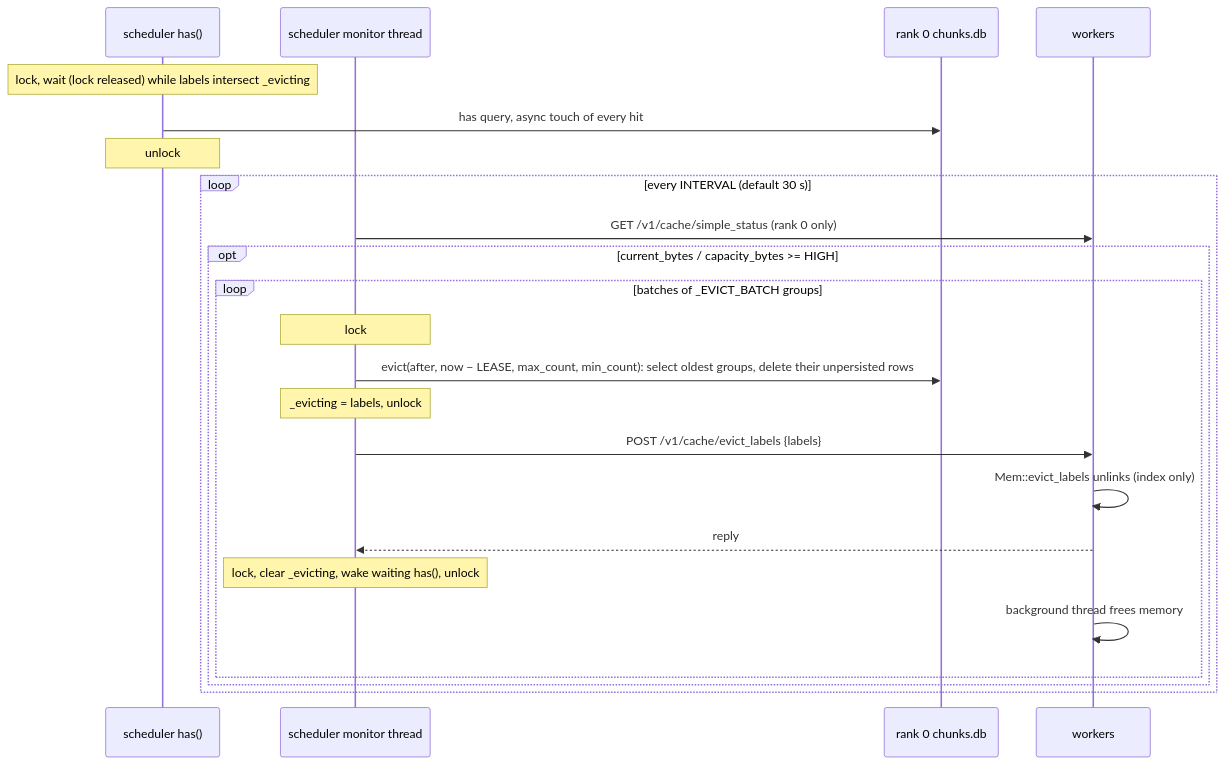
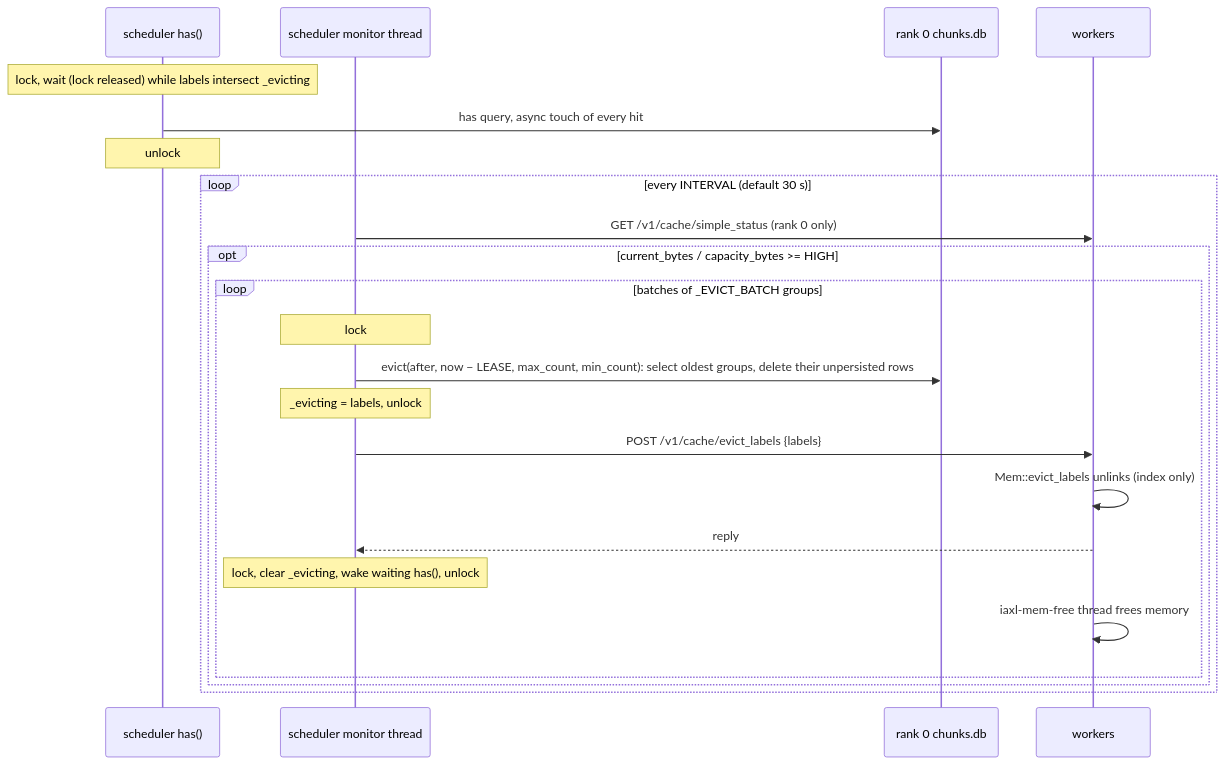
One commit to byang-intel/intel-accel-for-llm changed the diagram in doc/design/eviction.md. Above: the diagram before and after it, drawn with Mermaid. The commit also changed other lines of this file and 2 other files, not shown here.

First line of the commit message:
mem: free evicted groups on one TaskQueue thread; raise _EVICT_BATCH to 16k

````diff
--- a/doc/design/eviction.md
+++ b/doc/design/eviction.md
@@ -87,26 +87,26 @@
 ```mermaid
 sequenceDiagram
     participant S as scheduler has()
     participant T as scheduler monitor thread
     participant DB as rank 0 chunks.db
     participant W as workers
 
     Note over S: lock, wait (lock released) while labels intersect _evicting
     S->>DB: has query, async touch of every hit
     Note over S: unlock
     loop every INTERVAL (default 30 s)
         T->>W: GET /v1/cache/simple_status (rank 0 only)
         opt current_bytes / capacity_bytes >= HIGH
             loop batches of _EVICT_BATCH groups
                 Note over T: lock
                 T->>DB: evict(after, now − LEASE, max_count, min_count): select oldest groups, delete their unpersisted rows
                 Note over T: _evicting = labels, unlock
                 T->>W: POST /v1/cache/evict_labels {labels}
                 W->>W: Mem::evict_labels unlinks (index only)
                 W-->>T: reply
                 Note over T: lock, clear _evicting, wake waiting has(), unlock
-                W->>W: background thread frees memory
+                W->>W: iaxl-mem-free thread frees memory
             end
         end
     end
 ```
````
